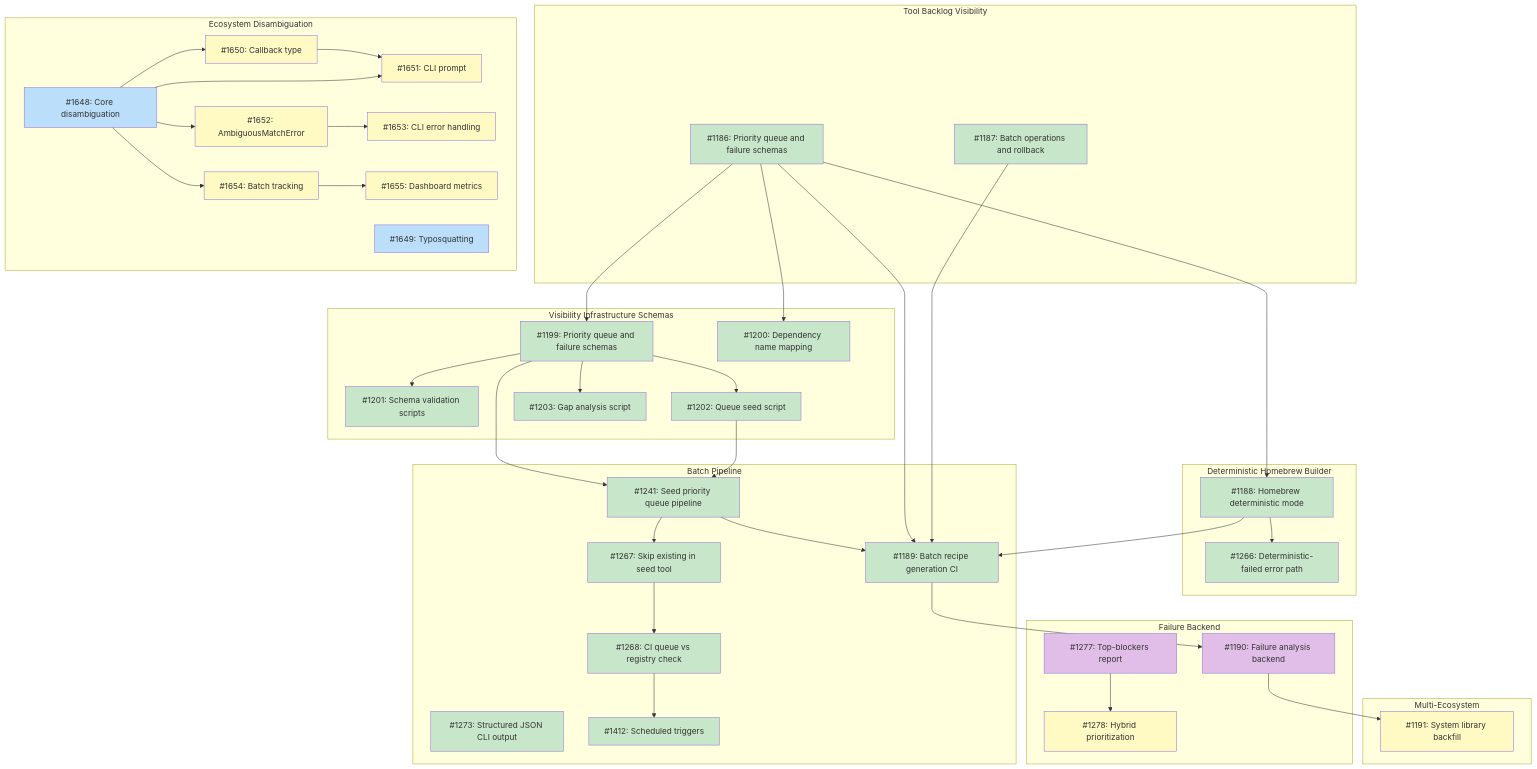
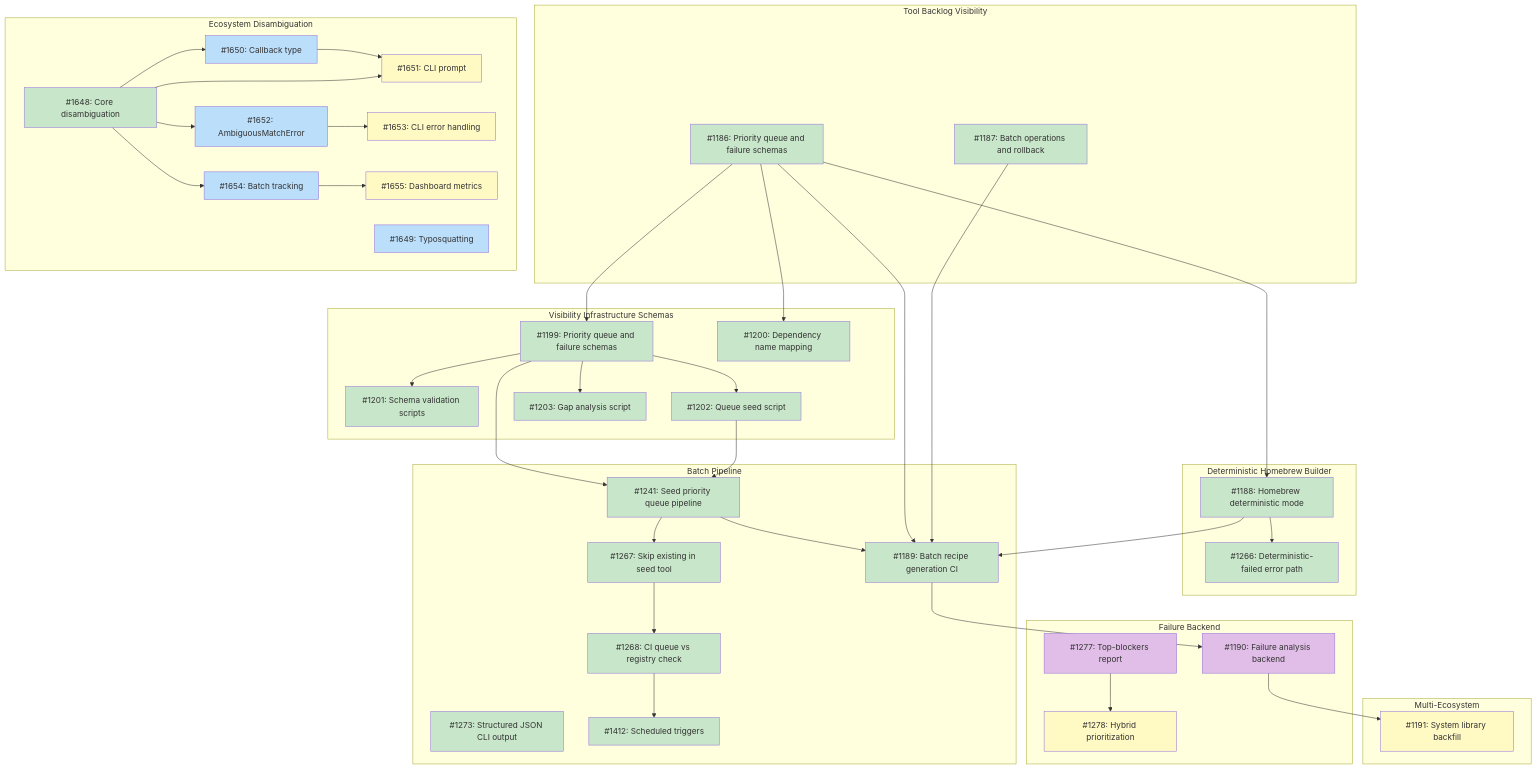
Before and after one commit to tsukumogami/tsuku: the diagram in docs/designs/DESIGN-registry-scale-strategy.md, drawn with Mermaid. The commit also changed other lines of this file, not shown here.

Commit message:
docs(design): mark issue 1648 as done in registry-scale-strategy

````diff
--- a/docs/designs/DESIGN-registry-scale-strategy.md
+++ b/docs/designs/DESIGN-registry-scale-strategy.md
@@ -187,6 +187,7 @@
     class I1278 blocked
     class I1412 done
     class I1191 blocked
-    class I1648,I1649 ready
-    class I1650,I1651,I1652,I1653,I1654,I1655 blocked
+    class I1648 done
+    class I1649,I1650,I1652,I1654 ready
+    class I1651,I1653,I1655 blocked
 ```
````
